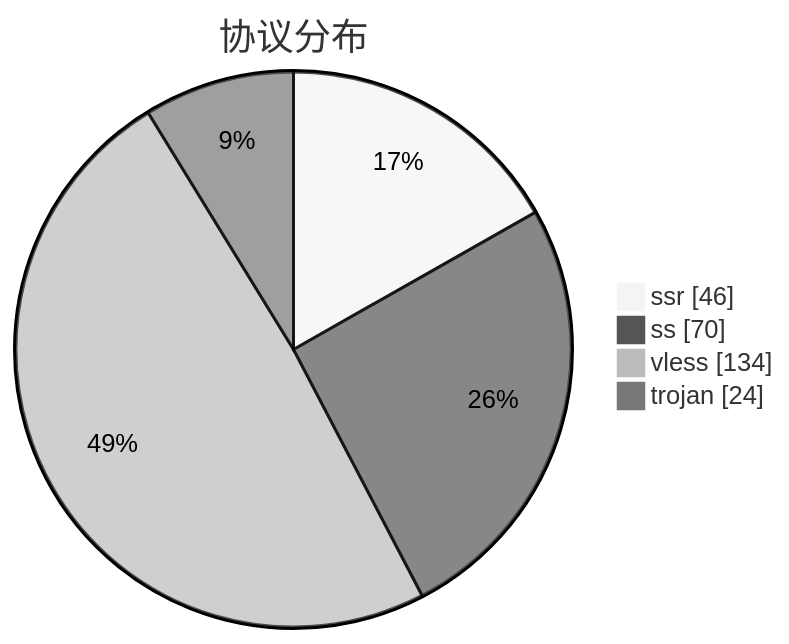
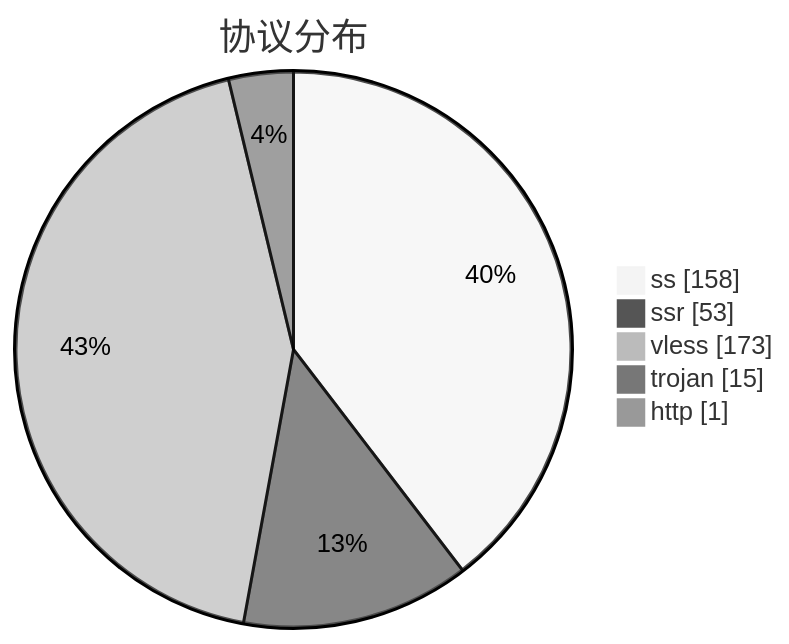
The third of 3 diagrams in subs/statistics/tested_within.md (qjlxg/airport), drawn with Mermaid (neutral theme) before and after one commit. The commit also changed other lines of this file and 2 other files, not shown here.

````diff
--- a/subs/statistics/tested_within.md
+++ b/subs/statistics/tested_within.md
@@ -18,8 +17,9 @@
 ```mermaid
 pie showData
 title 协议分布
-"ssr" : 46
-"ss" : 70
-"vless" : 134
-"trojan" : 24
+"ss" : 158
+"ssr" : 53
+"vless" : 173
+"trojan" : 15
+"http" : 1
 ```
````
